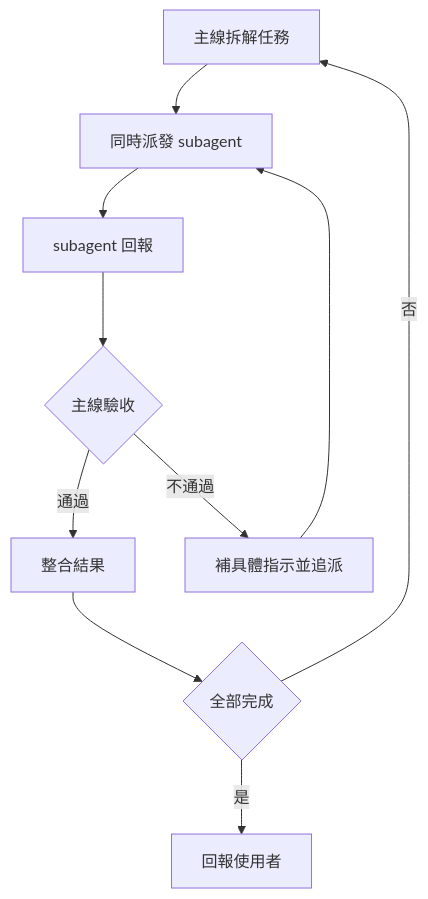
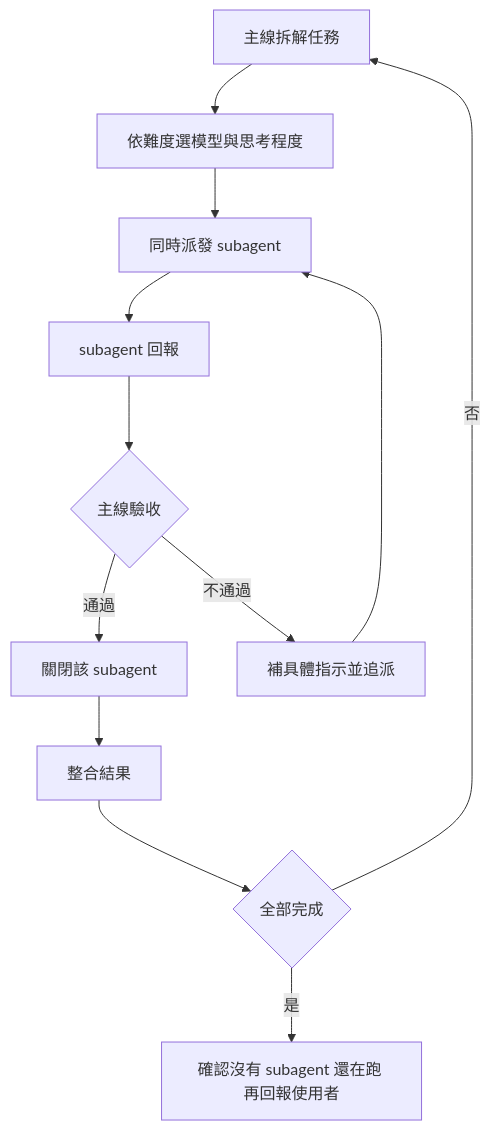
The diagram in my-plugins/my-workflow/skills/my-subagent/SKILL.md (VECTOR-COOL/my-agent-toolkit), drawn with Mermaid before and after one commit. The commit also changed other lines of this file and 5 other files, not shown here.

````diff
--- a/my-plugins/my-workflow/skills/my-subagent/SKILL.md
+++ b/my-plugins/my-workflow/skills/my-subagent/SKILL.md
@@ -10,12 +10,14 @@
 ```mermaid
 graph TD
-  A[主線拆解任務] --> B[同時派發 subagent]
+  A[主線拆解任務] --> M[依難度選模型與思考程度]
+  M --> B[同時派發 subagent]
   B --> C[subagent 回報]
   C --> D{主線驗收}
-  D -->|通過| E[整合結果]
+  D -->|通過| X[關閉該 subagent]
   D -->|不通過| F[補具體指示並追派]
   F --> B
+  X --> E[整合結果]
   E --> G{全部完成}
   G -->|否| A
-  G -->|是| H[回報使用者]
+  G -->|是| H[確認沒有 subagent 還在跑 再回報使用者]
 ```
````
